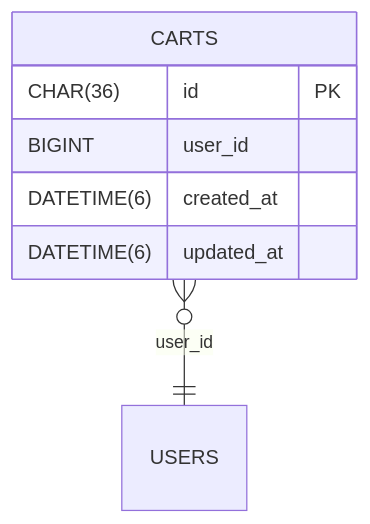
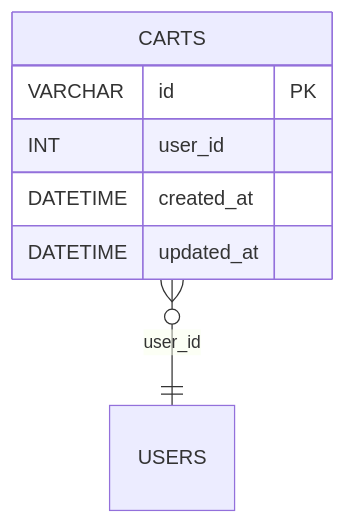
One commit to blackcatdatabase/table-carts changed the diagram in README.md. Above: the diagram before and after it, drawn with Mermaid. The commit also changed other lines of this file, not shown here.

Commit message:
chore(schema): add/update generated schema + README (umbrella sync)

````diff
--- a/README.md
+++ b/README.md
@@ -48,10 +48,10 @@
 ```mermaid
 erDiagram
   CARTS {
-    CHAR(36) id PK
-    BIGINT user_id
-    DATETIME(6) created_at
-    DATETIME(6) updated_at
+    VARCHAR id PK
+    INT user_id
+    DATETIME created_at
+    DATETIME updated_at
   }
   CARTS }o--|| USERS : "user_id"
 ```
````
